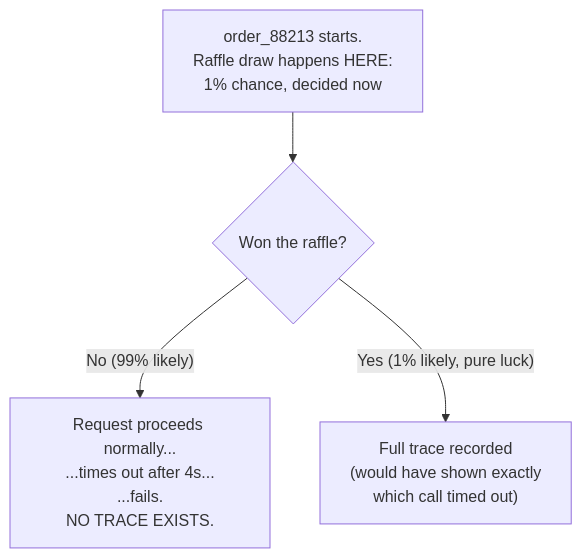
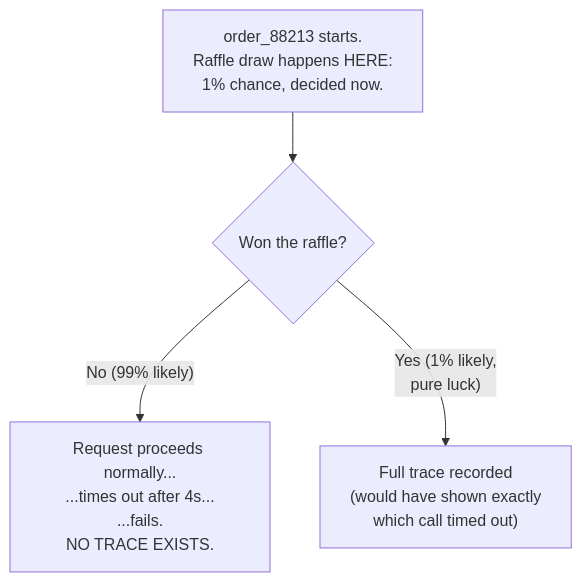
One commit to riyaz-pasha/Learnings changed the eighth of 15 diagrams in system-design/HLD/0-course/57-Design-a-Distributed-Tracing-System-FAANG-Guide-story.md. Above: the diagram before and after it, drawn with Mermaid. The commit also changed other lines of this file and 1 other file, not shown here.

Commit message:
[REWRITE] Distributed Tracing System story guide: simplify prose, add structure, fix diagrams

````diff
--- a/system-design/HLD/0-course/57-Design-a-Distributed-Tracing-System-FAANG-Guide-story.md
+++ b/system-design/HLD/0-course/57-Design-a-Distributed-Tracing-System-FAANG-Guide-story.md
@@ -158,6 +360,6 @@
 ```mermaid
 flowchart TD
-    A["order_88213 starts.\nRaffle draw happens HERE:\n1% chance, decided now"] --> B{"Won the raffle?"}
-    B -->|"No (99% likely)"| C["Request proceeds normally...\n...times out after 4s...\n...fails.\nNO TRACE EXISTS."]
-    B -->|"Yes (1% likely, pure luck)"| D["Full trace recorded\n(would have shown exactly\nwhich call timed out)"]
+    A["order_88213 starts.<br/>Raffle draw happens HERE:<br/>1% chance, decided now."] --> B{"Won the raffle?"}
+    B -->|"No (99% likely)"| C["Request proceeds normally...<br/>...times out after 4s...<br/>...fails.<br/>NO TRACE EXISTS."]
+    B -->|"Yes (1% likely,<br/>pure luck)"| D["Full trace recorded<br/>(would have shown exactly<br/>which call timed out)"]
 ```
````
